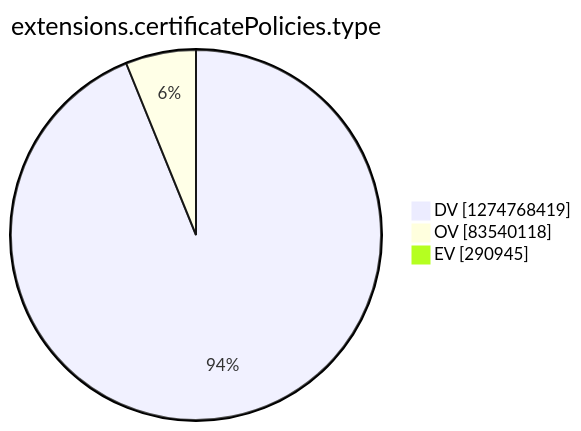
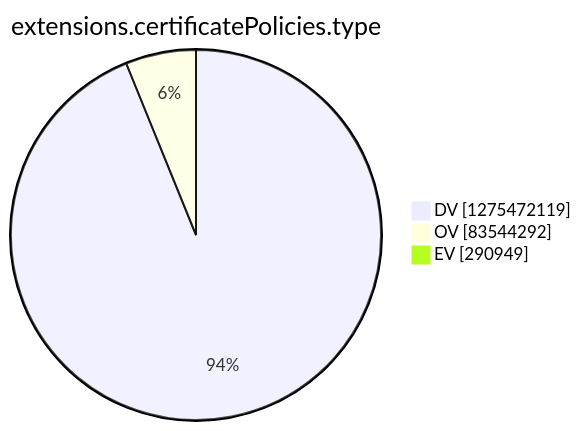
Before and after one commit to christiankrug/ctmonitor_visualization: the tenth of 15 diagrams in argon2022/README.md, drawn with Mermaid. The commit also changed other lines of this file, not shown here.

````diff
--- a/argon2022/README.md
+++ b/argon2022/README.md
@@ -2771,7 +2771,7 @@
 ```mermaid
 pie showData
 title extensions.certificatePolicies.type
-"DV" :1274768419
-"OV" :83540118
-"EV" :290945
+"DV" :1275472119
+"OV" :83544292
+"EV" :290949
 ```
````
